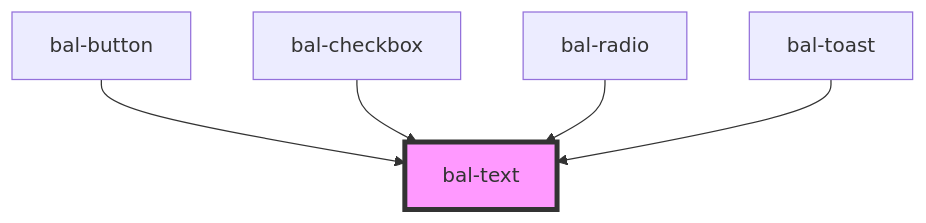
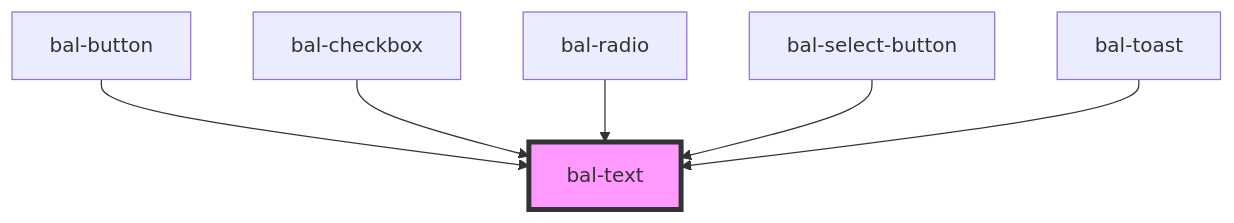
Before and after one commit to baloise/ui-library-next: the diagram in packages/library/src/components/bal-text/readme.md, drawn with Mermaid. The commit also changed other lines of this file and 11 other files, not shown here.

Commit message:
feat(radio): add select-button interface

````diff
--- a/packages/library/src/components/bal-text/readme.md
+++ b/packages/library/src/components/bal-text/readme.md
@@ -18,8 +19,9 @@
 ```mermaid
 graph TD;
   bal-button --> bal-text
   bal-checkbox --> bal-text
   bal-radio --> bal-text
+  bal-select-button --> bal-text
   bal-toast --> bal-text
   style bal-text fill:#f9f,stroke:#333,stroke-width:4px
 ```
````
